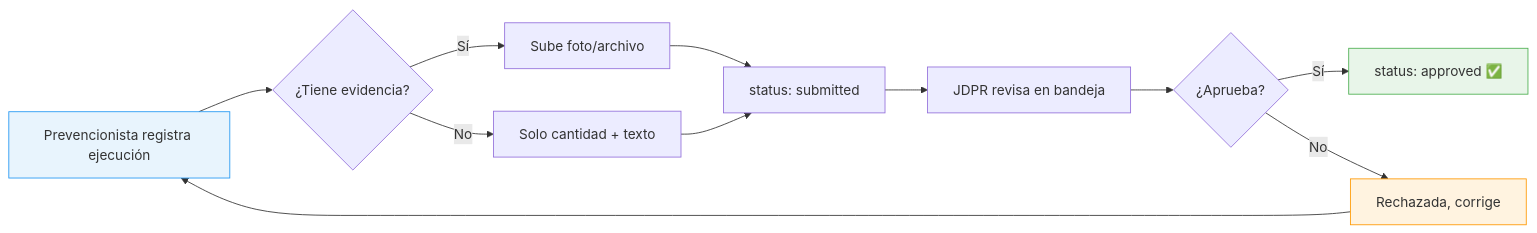
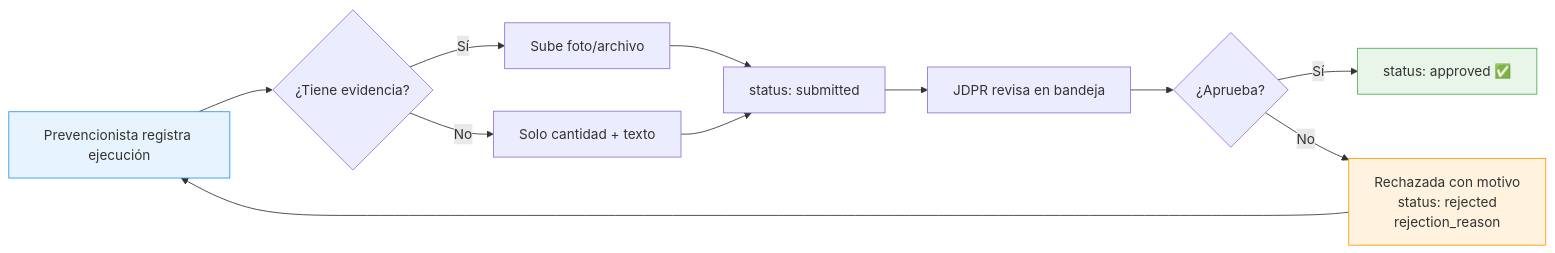
One commit to Allopze/bodega changed the second of 8 diagrams in MODULO_PDTP.md. Above: the diagram before and after it, drawn with Mermaid. The commit also changed other lines of this file and 7 other files, not shown here.

````diff
--- a/MODULO_PDTP.md
+++ b/MODULO_PDTP.md
@@ -61,17 +61,17 @@
 ```mermaid
 flowchart LR
     A[Prevencionista registra ejecución] --> B{¿Tiene evidencia?}
     B -->|Sí| C[Sube foto/archivo]
     B -->|No| D[Solo cantidad + texto]
     C --> E[status: submitted]
     D --> E
     E --> F[JDPR revisa en bandeja]
     F --> G{¿Aprueba?}
     G -->|Sí| H[status: approved ✅]
-    G -->|No| I[Rechazada, corrige]
+    G -->|No| I[Rechazada con motivo<br/>status: rejected<br/>rejection_reason]
     I --> A
 
     style A fill:#e8f4fd,stroke:#2196f3
     style H fill:#e8f5e9,stroke:#4caf50
     style I fill:#fff3e0,stroke:#ff9800
 ```
````
